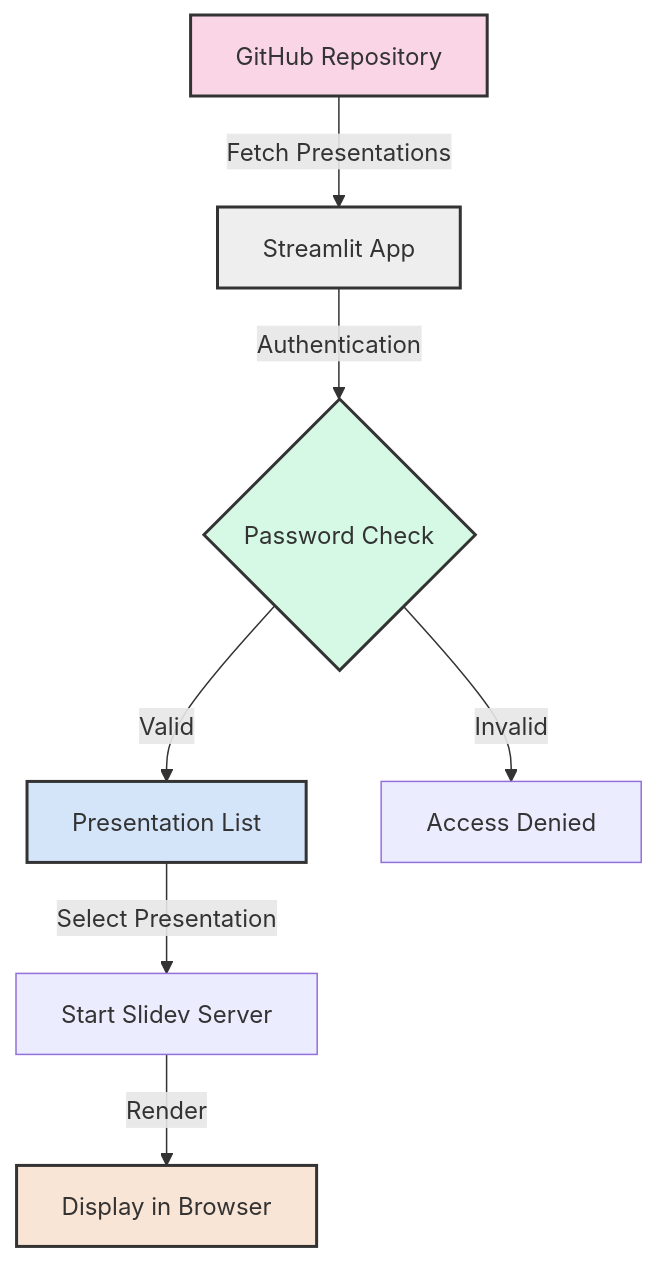
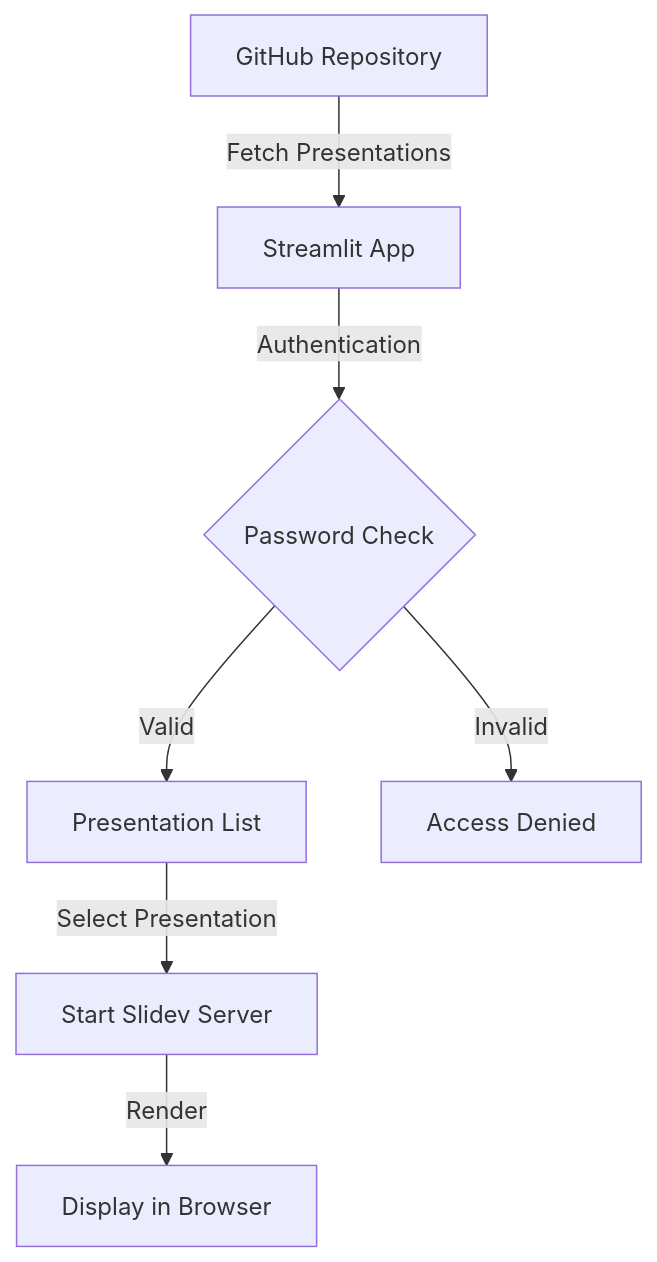
Before and after one commit to felixscode/SlideMaster: the diagram in doc/flow.mmd, drawn with Mermaid. The commit also changed 2 other files, not shown here.

Commit message:
bugfix and renaming

````diff
--- a/doc/flow.mmd
+++ b/doc/flow.mmd
@@ -1,15 +1,10 @@
 ```mermaid
 graph TD
     A[GitHub Repository] -->|Fetch Presentations| B[Streamlit App]
     B -->|Authentication| C{Password Check}
     C -->|Valid| D[Presentation List]
     C -->|Invalid| E[Access Denied]
     D -->|Select Presentation| F[Start Slidev Server]
     F -->|Render| G[Display in Browser]
-    
-    style A fill:#f9d5e5,stroke:#333,stroke-width:2px
-    style B fill:#eeeeee,stroke:#333,stroke-width:2px
-    style C fill:#d5f9e5,stroke:#333,stroke-width:2px
-    style D fill:#d5e5f9,stroke:#333,stroke-width:2px
-    style G fill:#f9e5d5,stroke:#333,stroke-width:2px
+
 ```
````
